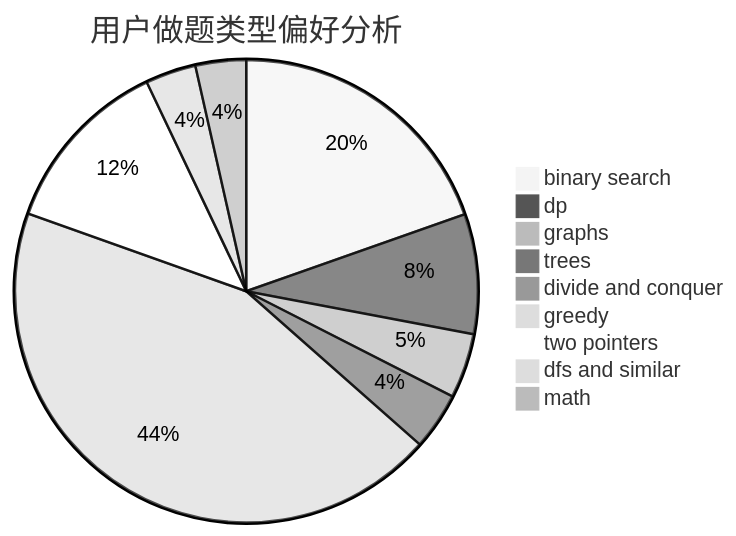
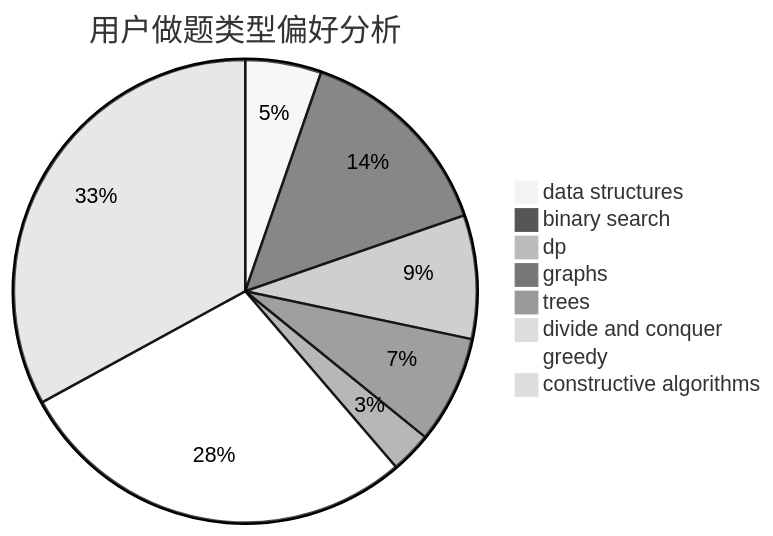
One commit to sherpahu/cfrs.github.io changed the second of 3 diagrams in docs/user/u2184.md. Above: the diagram before and after it, drawn with Mermaid (neutral theme). The commit also changed other lines of this file and 2775 other files, not shown here.

````diff
--- a/docs/user/u2184.md
+++ b/docs/user/u2184.md
@@ -23,12 +23,11 @@
 ```mermaid
 pie title 用户做题类型偏好分析
-    "binary search" :  333
-    "dp" :  142
-    "graphs" :  77
-    "trees" :  68
+    "data structures" :  48
+    "binary search" :  130
+    "dp" :  78
+    "graphs" :  68
+    "trees" :  26
     "divide and conquer" :  8
-    "greedy" :  746
-    "two pointers" :  212
-    "dfs and similar" :  60
-    "math" :  60
+    "greedy" :  256
+    "constructive algorithms" :  298
 ```
````
